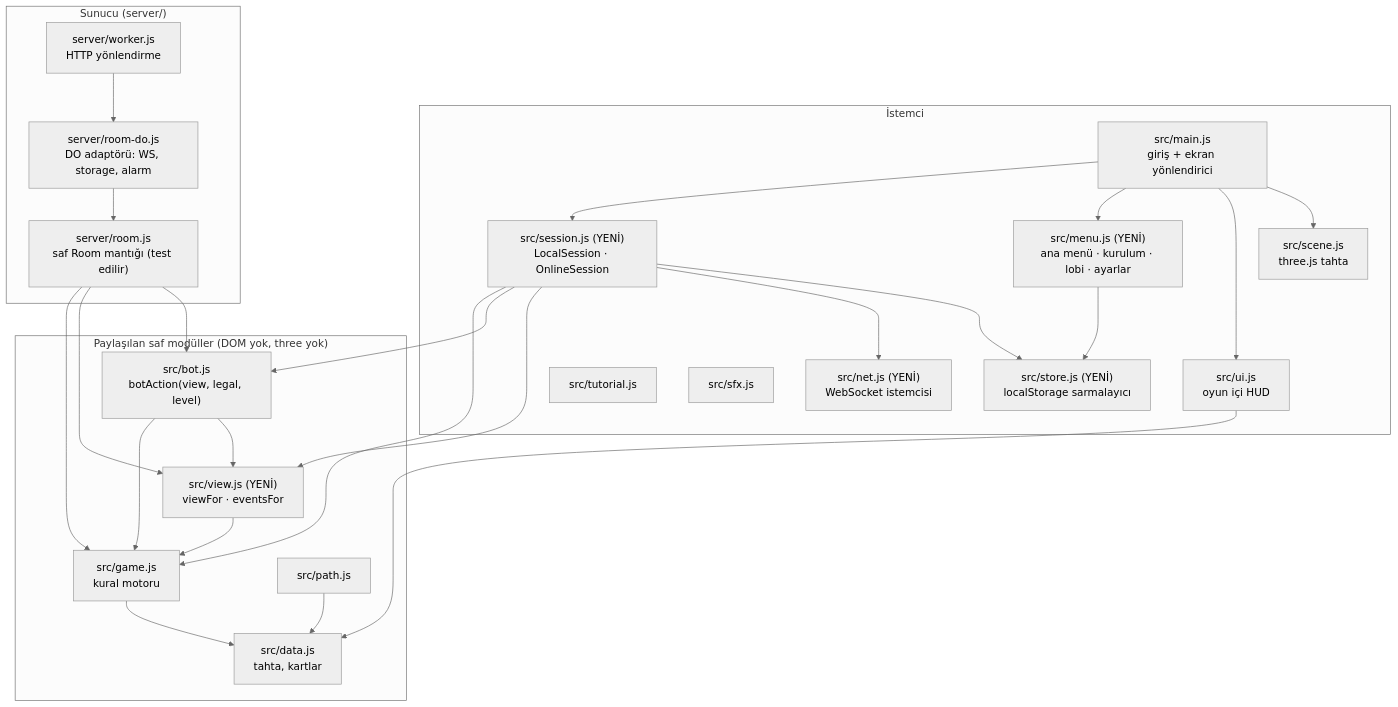
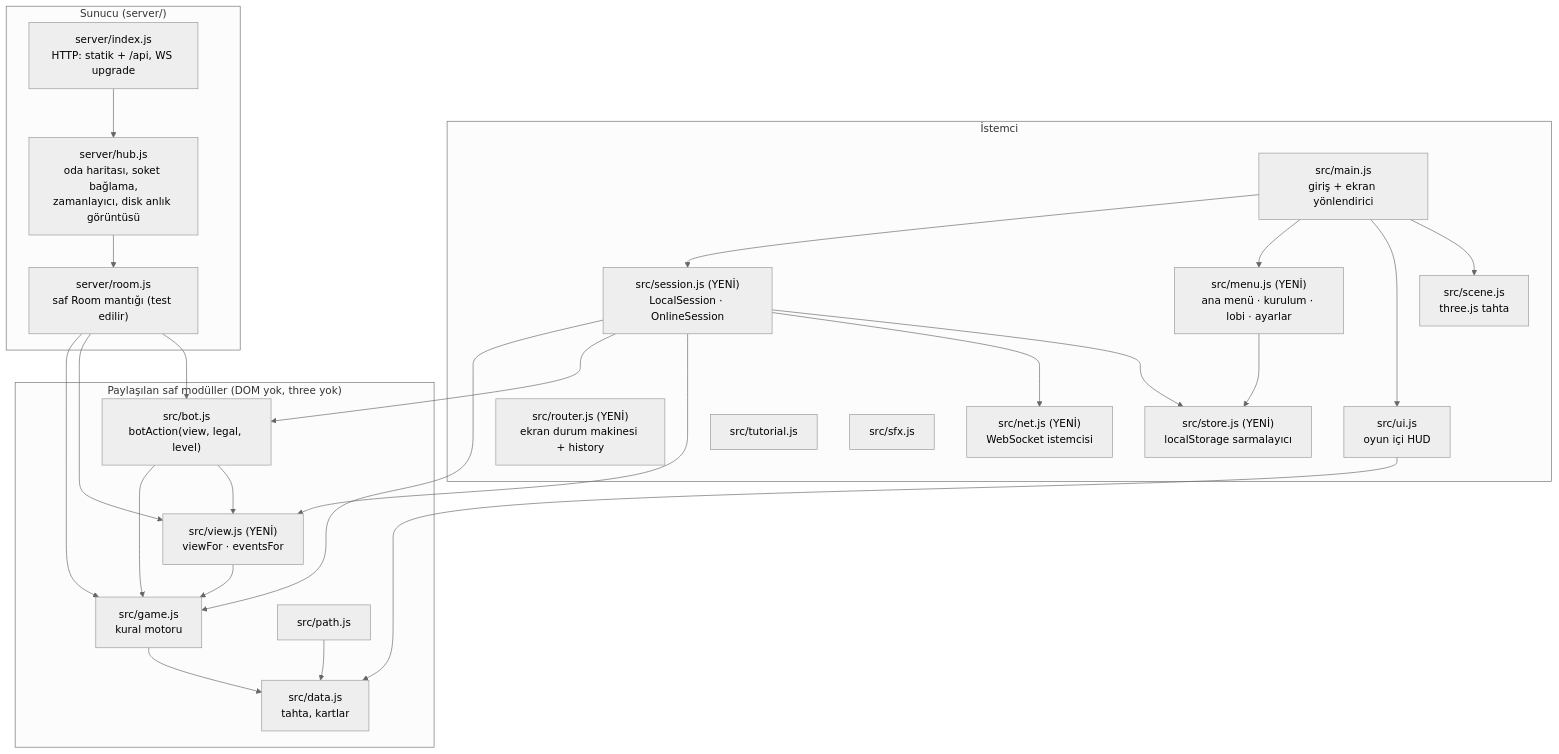
The second of 6 diagrams in docs/ARCHITECTURE.md (SSilistre-dev/ahilik-yolu), drawn with Mermaid (neutral theme) before and after one commit. The commit also changed other lines of this file, not shown here.

Commit message:
docs(arch): self-hosted Node server on Dokploy, mobile shell, rematch flow

````diff
--- a/docs/ARCHITECTURE.md
+++ b/docs/ARCHITECTURE.md
@@ -59,48 +61,49 @@
 ```mermaid
 flowchart TB
   subgraph Paylasilan["Paylaşılan saf modüller (DOM yok, three yok)"]
     data["src/data.js<br/>tahta, kartlar"]
     game["src/game.js<br/>kural motoru"]
     view["src/view.js (YENİ)<br/>viewFor · eventsFor"]
     bot["src/bot.js<br/>botAction(view, legal, level)"]
     path["src/path.js"]
   end
   subgraph Istemci["İstemci"]
     main["src/main.js<br/>giriş + ekran yönlendirici"]
     sess["src/session.js (YENİ)<br/>LocalSession · OnlineSession"]
     net["src/net.js (YENİ)<br/>WebSocket istemcisi"]
     menu["src/menu.js (YENİ)<br/>ana menü · kurulum · lobi · ayarlar"]
+    router["src/router.js (YENİ)<br/>ekran durum makinesi + history"]
     ui["src/ui.js<br/>oyun içi HUD"]
     scene["src/scene.js<br/>three.js tahta"]
     tut["src/tutorial.js"]
     sfx["src/sfx.js"]
     store["src/store.js (YENİ)<br/>localStorage sarmalayıcı"]
   end
   subgraph Sunucu["Sunucu (server/)"]
-    worker["server/worker.js<br/>HTTP yönlendirme"]
-    roomdo["server/room-do.js<br/>DO adaptörü: WS, storage, alarm"]
+    index["server/index.js<br/>HTTP: statik + /api, WS upgrade"]
+    hub["server/hub.js<br/>oda haritası, soket bağlama,<br/>zamanlayıcı, disk anlık görüntüsü"]
     room["server/room.js<br/>saf Room mantığı (test edilir)"]
   end
 
   game --> data
   view --> game
   bot --> game
   bot --> view
   path --> data
   sess --> game
   sess --> bot
   sess --> view
   sess --> net
   main --> sess
   main --> menu
   main --> ui
   main --> scene
   ui --> data
   menu --> store
   sess --> store
-  worker --> roomdo
-  roomdo --> room
+  index --> hub
+  hub --> room
   room --> game
   room --> view
   room --> bot
 ```
````
